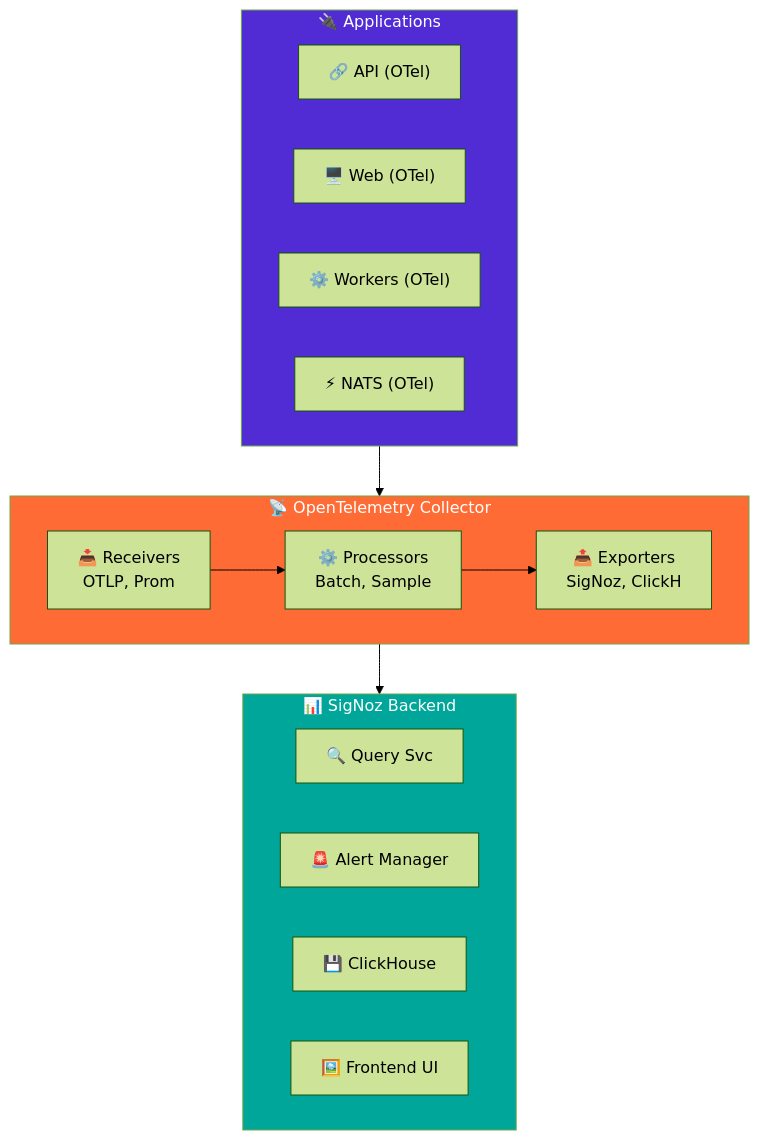
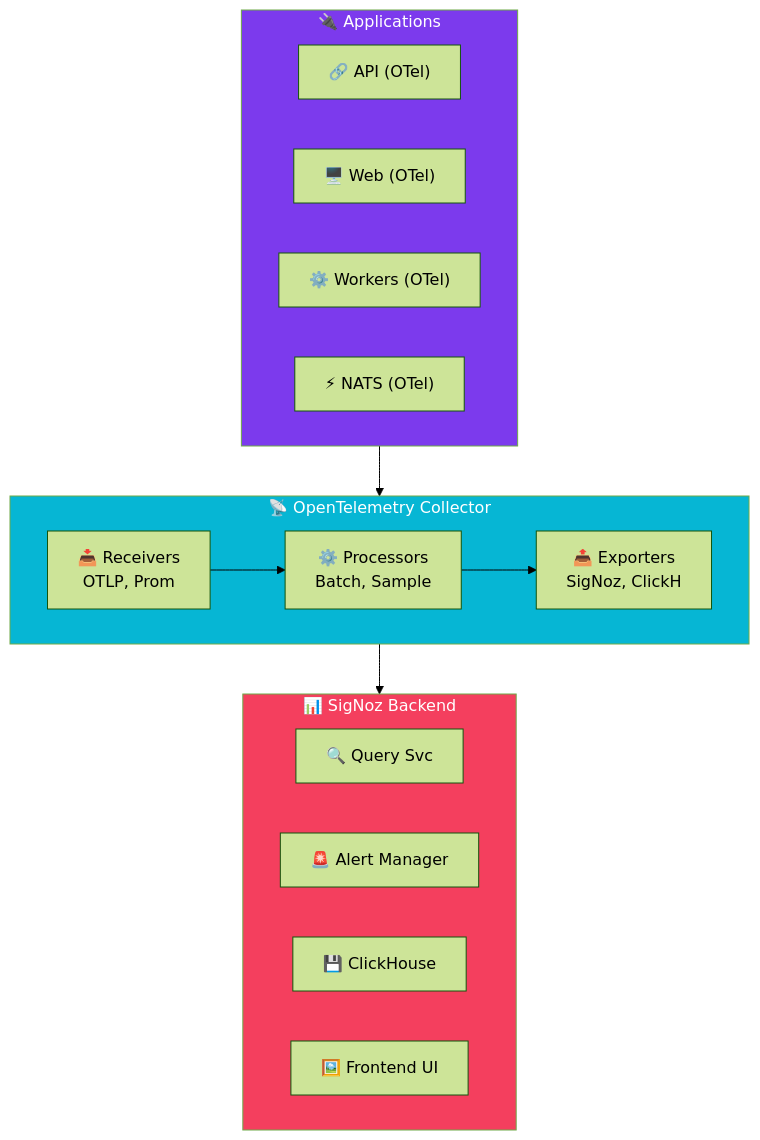
The diagram in src/content/blog/signoz-observability-kubernetes.mdx (viktorrobin/bluerobin-blog), drawn with Mermaid (forest theme) before and after one commit. The commit also changed other lines of this file and 127 other files, not shown here.

````diff
--- a/src/content/blog/signoz-observability-kubernetes.mdx
+++ b/src/content/blog/signoz-observability-kubernetes.mdx
@@ -22,29 +35,34 @@
 ```mermaid
 flowchart TB
     subgraph Apps["🔌 Applications"]
         API["🔗 API (OTel)"]
         Web["🖥️ Web (OTel)"]
         Workers["⚙️ Workers (OTel)"]
         NATS["⚡ NATS (OTel)"]
     end
     
     Apps --> Collector
     
     subgraph Collector["📡 OpenTelemetry Collector"]
         Recv["📥 Receivers\nOTLP, Prom"] --> Proc["⚙️ Processors\nBatch, Sample"]
         Proc --> Exp["📤 Exporters\nSigNoz, ClickH"]
     end
     
     Collector --> Backend
     
     subgraph Backend["📊 SigNoz Backend"]
         Query["🔍 Query Svc"]
         Alert["🚨 Alert Manager"]
         Click["💾 ClickHouse"]
         UI["🖼️ Frontend UI"]
     end
 
-    style Apps fill:#512bd4,color:#fff
-    style Collector fill:#ff6b35,color:#fff
-    style Backend fill:#00a699,color:#fff
+    classDef primary fill:#7c3aed,color:#fff
+    classDef secondary fill:#06b6d4,color:#fff
+    classDef db fill:#f43f5e,color:#fff
+    classDef warning fill:#fbbf24,color:#000
+
+    class Apps primary
+    class Collector secondary
+    class Backend db
 ```
````
